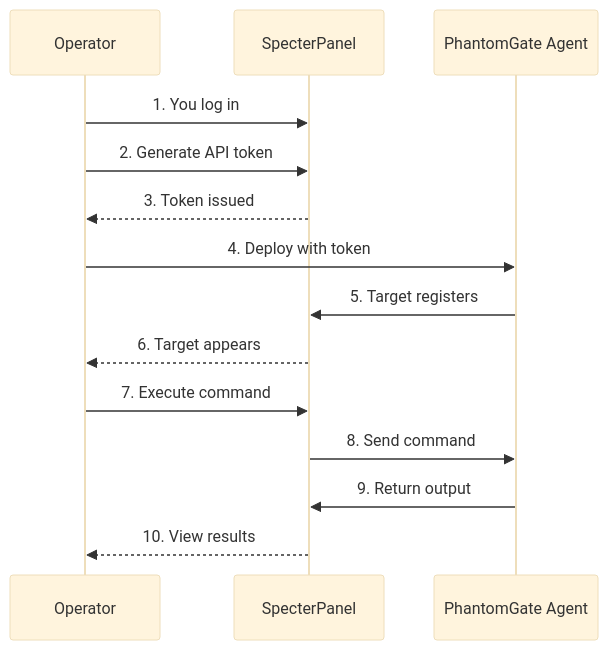
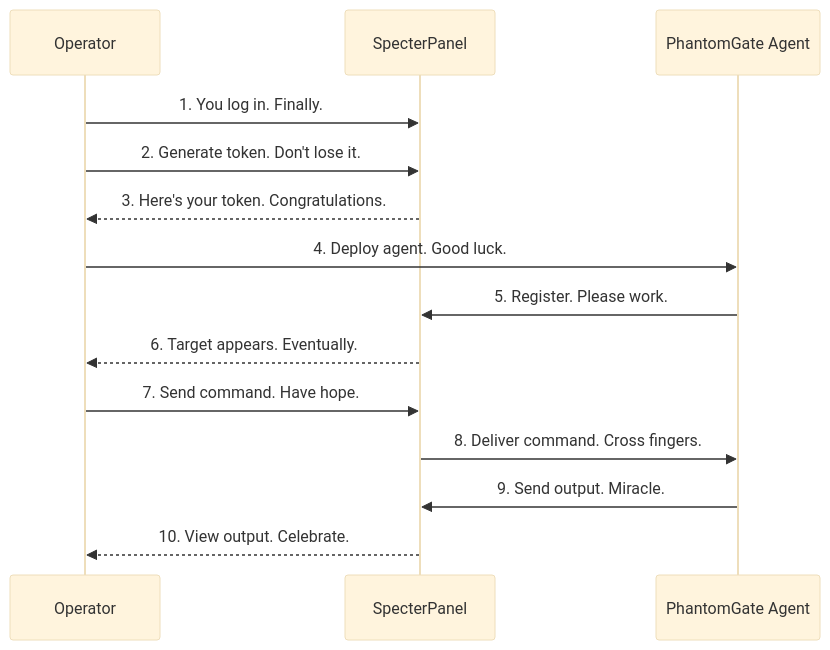
The diagram in README.md (omerKkemal/oh-tool-v2), drawn with Mermaid (base theme) before and after one commit. The commit also changed other lines of this file, not shown here.

````diff
--- a/README.md
+++ b/README.md
@@ -92,14 +101,14 @@
 ```mermaid
 sequenceDiagram
     
-    Operator ->> SpecterPanel: 1. You log in
-    Operator ->> SpecterPanel: 2. Generate API token
-    SpecterPanel -->> Operator: 3. Token issued
-    Operator ->> PhantomGate Agent: 4. Deploy with token
-    PhantomGate Agent ->> SpecterPanel: 5. Target registers
-    SpecterPanel -->> Operator: 6. Target appears
-    Operator ->> SpecterPanel: 7. Execute command
-    SpecterPanel ->> PhantomGate Agent: 8. Send command
-    PhantomGate Agent ->> SpecterPanel: 9. Return output
-    SpecterPanel -->> Operator: 10. View results
+    Operator ->> SpecterPanel: 1. You log in. Finally.
+    Operator ->> SpecterPanel: 2. Generate token. Don't lose it.
+    SpecterPanel -->> Operator: 3. Here's your token. Congratulations.
+    Operator ->> PhantomGate Agent: 4. Deploy agent. Good luck.
+    PhantomGate Agent ->> SpecterPanel: 5. Register. Please work.
+    SpecterPanel -->> Operator: 6. Target appears. Eventually.
+    Operator ->> SpecterPanel: 7. Send command. Have hope.
+    SpecterPanel ->> PhantomGate Agent: 8. Deliver command. Cross fingers.
+    PhantomGate Agent ->> SpecterPanel: 9. Send output. Miracle.
+    SpecterPanel -->> Operator: 10. View output. Celebrate.
 ```
````
